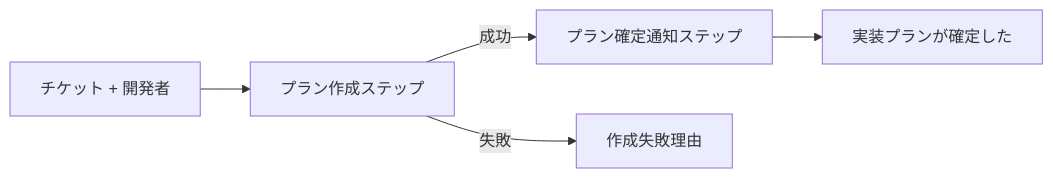
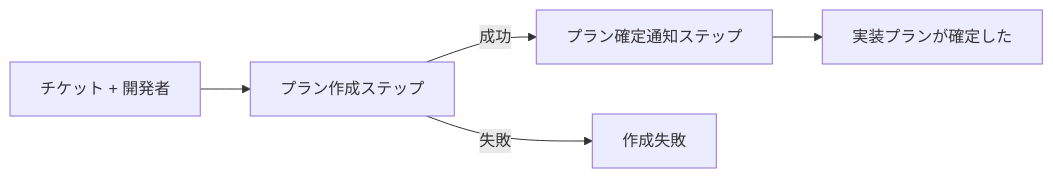
One commit to kuchita-el/claude-shared-skills changed the diagram in skills/domain-modeling/references/domain-model-notation.md. Above: the diagram before and after it, drawn with Mermaid. The commit also changed other lines of this file and 2 other files, not shown here.

````diff
--- a/skills/domain-modeling/references/domain-model-notation.md
+++ b/skills/domain-modeling/references/domain-model-notation.md
@@ -294,7 +363,7 @@
 ```mermaid
 flowchart LR
   入力[チケット + 開発者] --> S1[プラン作成ステップ]
   S1 -->|成功| S2[プラン確定通知ステップ]
-  S1 -->|失敗| E[作成失敗理由]
+  S1 -->|失敗| E[作成失敗]
   S2 --> 出力[実装プランが確定した]
 ```
````
